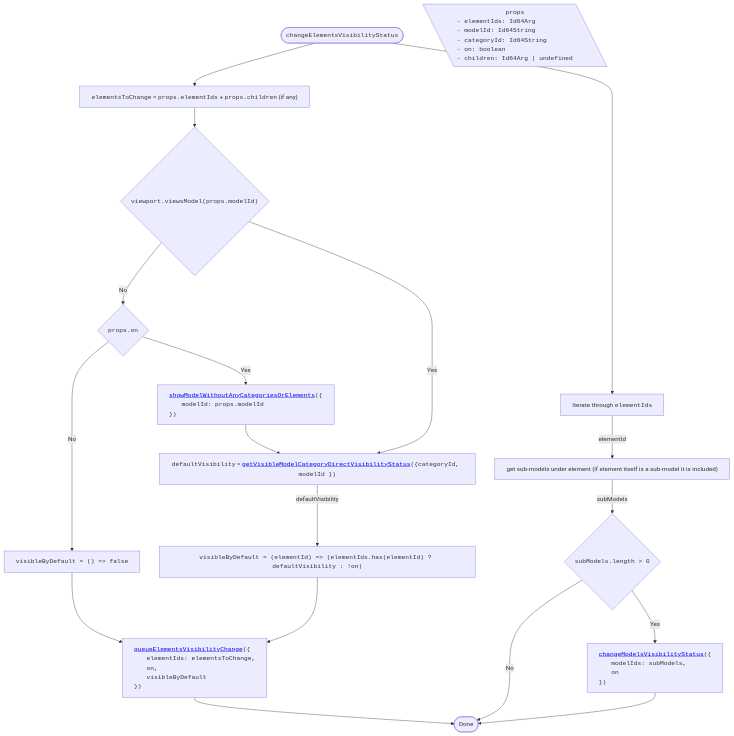
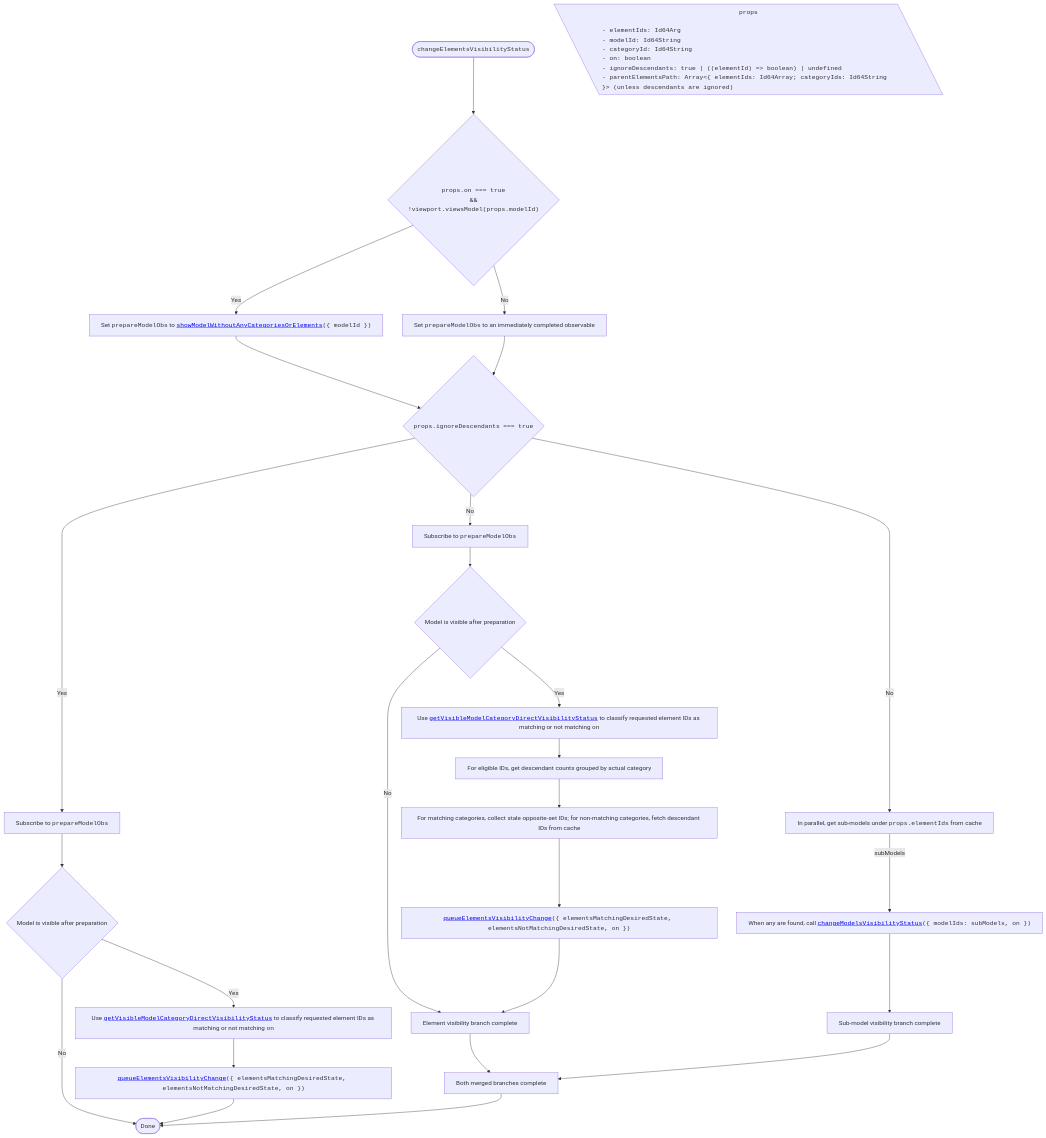
One commit to iTwin/viewer-components-react changed diagram 14 of 17 in packages/itwin/tree-widget/docs/SharedVisibilityHandling.md. Above: the diagram before and after it, drawn with Mermaid. The commit also changed other lines of this file and 4 other files, not shown here.

First line of the commit message:
[Tree widget]: update mermaid diagrams on `next` (#1744)

````diff
--- a/packages/itwin/tree-widget/docs/SharedVisibilityHandling.md
+++ b/packages/itwin/tree-widget/docs/SharedVisibilityHandling.md
@@ -704,52 +616,47 @@
 ```mermaid
 ---
 config:
   flowchart:
     wrappingWidth: 750
     useMaxWidth: false
 ---
 
 flowchart TD
   RESULT_Done([Done])
 
   %% Start
-  TITLE(["<span style='font-family: monospace;'>changeElementsVisibilityStatus</span>"]) --> A["<span style='font-family: monospace;'>elementsToChange</span> = <span style='font-family: monospace;'>props.elementIds</span> + <span style='font-family: monospace;'>props.children</span> (if any)"]
+  TITLE(["<span style='font-family: monospace;'>changeElementsVisibilityStatus</span>"]) --> A{"<span style='font-family: monospace;'>props.on === true</span><br/>&&<br/><span style='font-family: monospace;'>!viewport.viewsModel(props.modelId)</span>"}
 
   PROPS[\"
     <span style='font-family: monospace;'>props</span>
-    <span style='display: block; text-align: left; font-family: monospace;'>- elementIds: Id64Arg<br/>- modelId: Id64String<br/>- categoryId: Id64String<br/>- on: boolean<br/>- children: Id64Arg | undefined</span>
+    <span style='display: block; text-align: left; font-family: monospace;'>- elementIds: Id64Arg<br/>- modelId: Id64String<br/>- categoryId: Id64String<br/>- on: boolean<br/>- ignoreDescendants: true | ((elementId) => boolean) | undefined<br/>- parentElementsPath: Array&lt;{ elementIds: Id64Array; categoryIds: Id64String }&gt; (unless descendants are ignored)</span>
   "\]
 
-  A --> B{"<span style='font-family: monospace;'>viewport.viewsModel(props.modelId)</span>"}
+  A -- Yes --> A1["Set <span style='font-family: monospace;'>prepareModelObs</span> to <span style='font-family: monospace;'><a href='#showmodelwithoutanycategoriesorelements'>showModelWithoutAnyCategoriesOrElements</a>({ modelId })</span>"]
+  A -- No --> A2["Set <span style='font-family: monospace;'>prepareModelObs</span> to an immediately completed observable"]
+  A1 --> D{"<span style='font-family: monospace;'>props.ignoreDescendants === true</span>"}
+  A2 --> D
 
-  %% Model not visible
-  B -- No --> C{"<span style='font-family: monospace;'>props.on</span>"}
-  C -- No --> D["<span style='font-family: monospace;'>visibleByDefault = () => false</span>"]
-  D --> H["<div style='text-align: left; font-family: monospace;'><a href='#queueelementsvisibilitychange'>queueElementsVisibilityChange</a>({
-    <span style='padding-left: 2rem;'>elementIds: elementsToChange,</span>
-    <span style='padding-left: 2rem;'>on,</span>
-    <span style='padding-left: 2rem;'>visibleByDefault</span>
-    })</div>"]
-  C -- Yes --> E["<div style='text-align: left; font-family: monospace;'><a href='#showmodelwithoutanycategoriesorelements'>showModelWithoutAnyCategoriesOrElements</a>({
-    <span style='padding-left: 2rem;'>modelId: props.modelId</span>
-    })</div>"]
-  E --> F["<span style='font-family: monospace;'>defaultVisibility</span> = <span style='font-family: monospace;'><a href='#getvisiblemodelcategorydirectvisibilitystatus'>getVisibleModelCategoryDirectVisibilityStatus</a>({categoryId, modelId })</span>"]
-  B -- Yes --> F
-  F -- defaultVisibility --> G1["<span style='font-family: monospace;'>visibleByDefault = (elementId) => (elementIds.has(elementId) ? defaultVisibility : !on)</span>"]
+  D -- Yes --> P1["Subscribe to <span style='font-family: monospace;'>prepareModelObs</span>"]
+  P1 --> B1{"Model is visible after preparation"}
+  B1 -- No --> RESULT_Done
+  B1 -- Yes --> C1["Use <span style='font-family: monospace;'><a href='#getvisiblemodelcategorydirectvisibilitystatus'>getVisibleModelCategoryDirectVisibilityStatus</a></span> to classify requested element IDs as matching or not matching <span style='font-family: monospace;'>on</span>"]
+  C1 --> F1["<span style='font-family: monospace;'><a href='#queueelementsvisibilitychange'>queueElementsVisibilityChange</a>({ elementsMatchingDesiredState, elementsNotMatchingDesiredState, on })</span>"]
+  F1 --> RESULT_Done
 
-  G1 --> H
+  D -- No --> P2["Subscribe to <span style='font-family: monospace;'>prepareModelObs</span>"]
+  P2 --> B2{"Model is visible after preparation"}
+  B2 -- No --> H1["Element visibility branch complete"]
+  B2 -- Yes --> C2["Use <span style='font-family: monospace;'><a href='#getvisiblemodelcategorydirectvisibilitystatus'>getVisibleModelCategoryDirectVisibilityStatus</a></span> to classify requested element IDs as matching or not matching <span style='font-family: monospace;'>on</span>"]
+  C2 --> E["For eligible IDs, get descendant counts grouped by actual category"]
+  E --> E1["For matching categories, collect stale opposite-set IDs; for non-matching categories, fetch descendant IDs from cache"]
+  E1 --> F2["<span style='font-family: monospace;'><a href='#queueelementsvisibilitychange'>queueElementsVisibilityChange</a>({ elementsMatchingDesiredState, elementsNotMatchingDesiredState, on })</span>"]
+  F2 --> H1
 
-  %% Sub-models (runs concurrently)
-  TITLE --> J["Iterate through <span style='font-family: monospace;'>elementIds</span>"]
-
-  J -- elementId --> K["get sub-models under element (if element itself is a sub-model it is included)"]
-  K -- subModels --> L{"<span style='font-family: monospace;'> subModels.length > 0 </span>"}
-  L -- Yes -->  L1["<div style='text-align: left; font-family: monospace;'><a href='#changemodelsvisibilitystatus'>changeModelsVisibilityStatus</a>({
-    <span style='padding-left: 2rem;'>modelIds: subModels,</span>
-    <span style='padding-left: 2rem;'>on</span>
-    })</div>"]
-
-  H --> RESULT_Done
-  L -- No --> RESULT_Done
-  L1 --> RESULT_Done
+  D -- No --> G["In parallel, get sub-models under <span style='font-family: monospace;'>props.elementIds</span> from cache"]
+  G -- subModels --> G1["When any are found, call <span style='font-family: monospace;'><a href='#changemodelsvisibilitystatus'>changeModelsVisibilityStatus</a>({ modelIds: subModels, on })</span>"]
+  G1 --> H2["Sub-model visibility branch complete"]
+  H1 --> I["Both merged branches complete"]
+  H2 --> I
+  I --> RESULT_Done
 ```
````
